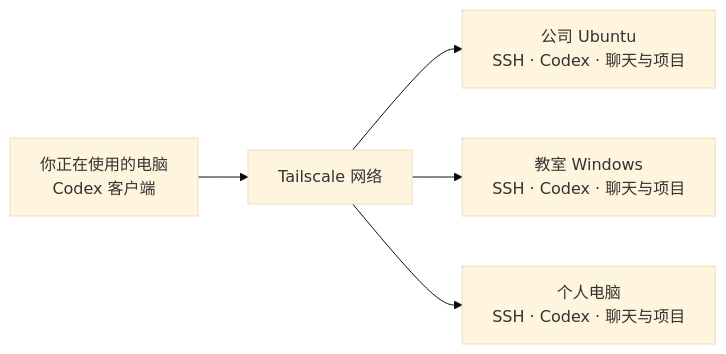
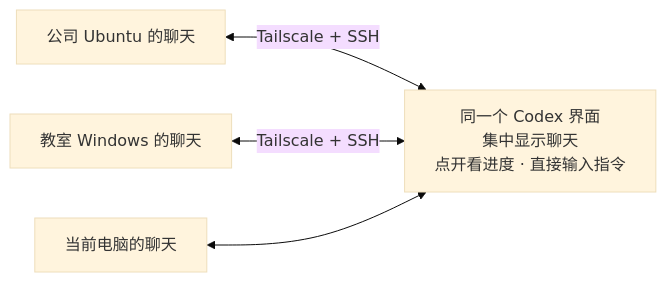
Before and after one commit to zn099/codex-multi-machine-collaboration: the diagram in README.md, drawn with Mermaid (base theme). The commit also changed other lines of this file and 5 other files, not shown here.

````diff
--- a/README.md
+++ b/README.md
@@ -21,7 +19,6 @@
 ```mermaid
 flowchart LR
-    A["你正在使用的电脑<br/>Codex 客户端"] --> T["Tailscale 网络"]
-    T --> B["公司 Ubuntu<br/>SSH · Codex · 聊天与项目"]
-    T --> C["教室 Windows<br/>SSH · Codex · 聊天与项目"]
-    T --> D["个人电脑<br/>SSH · Codex · 聊天与项目"]
+    B["公司 Ubuntu 的聊天"] <-->|"Tailscale + SSH"| A["同一个 Codex 界面<br/>集中显示聊天<br/>点开看进度 · 直接输入指令"]
+    C["教室 Windows 的聊天"] <-->|"Tailscale + SSH"| A
+    D["当前电脑的聊天"] <--> A
 ```
````
